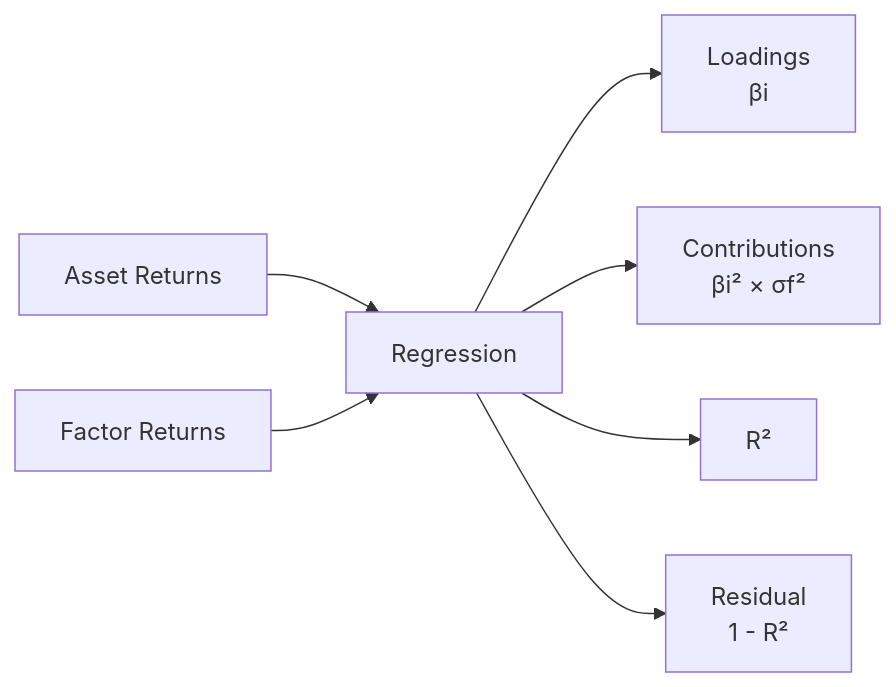
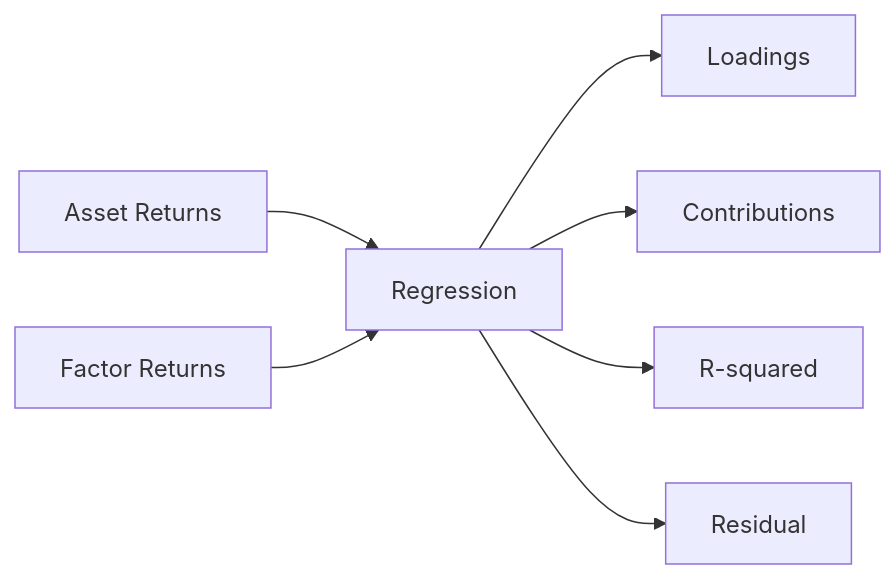
Before and after one commit to dataclique/moneymentum: the eighth of 17 diagrams in SPEC.md, drawn with Mermaid. The commit also changed other lines of this file, not shown here.

````diff
--- a/SPEC.md
+++ b/SPEC.md
@@ -553,9 +553,9 @@
 ```mermaid
 flowchart LR
     R[Asset Returns] --> REG[Regression]
     F[Factor Returns] --> REG
-    REG --> L[Loadings<br/>βi]
-    REG --> C[Contributions<br/>βi² × σf²]
-    REG --> RS[R²]
-    REG --> RES[Residual<br/>1 - R²]
+    REG --> L[Loadings]
+    REG --> C[Contributions]
+    REG --> RS[R-squared]
+    REG --> RES[Residual]
 ```
````
